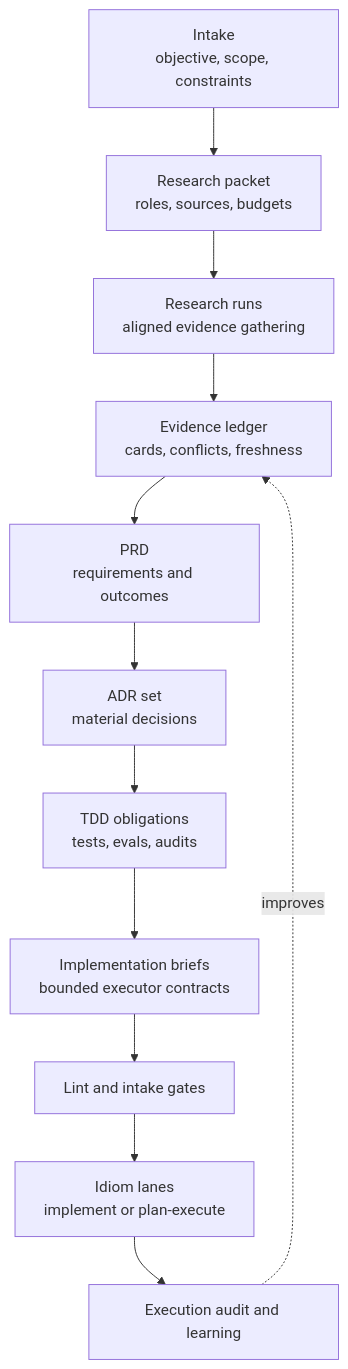
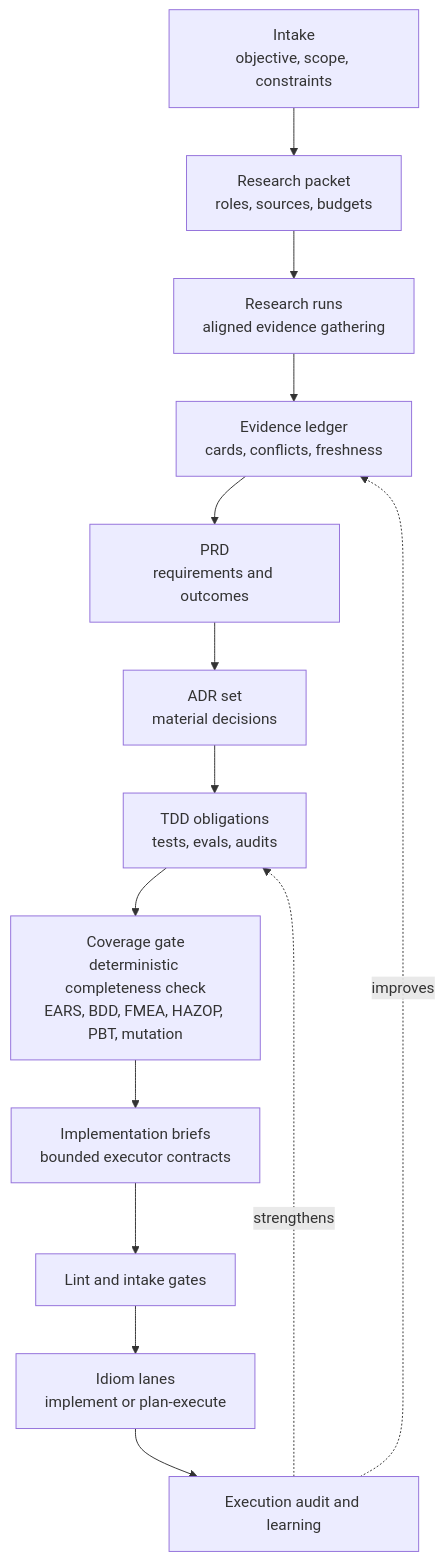
One commit to BLuchterhand/Idiom changed the first of 3 diagrams in docs/design-prd-adr-brief-research-workflow.md. Above: the diagram before and after it, drawn with Mermaid. The commit also changed other lines of this file and 6 other files, not shown here.

Commit message:
docs: add behavioral TDD coverage design, inject into PRD/ADR workflow and roadmap

````diff
--- a/docs/design-prd-adr-brief-research-workflow.md
+++ b/docs/design-prd-adr-brief-research-workflow.md
@@ -225,14 +226,16 @@
 ```mermaid
 flowchart TD
     Intake["Intake<br/>objective, scope, constraints"] --> ResearchPacket["Research packet<br/>roles, sources, budgets"]
     ResearchPacket --> ResearchRuns["Research runs<br/>aligned evidence gathering"]
     ResearchRuns --> EvidenceLedger["Evidence ledger<br/>cards, conflicts, freshness"]
     EvidenceLedger --> PRD["PRD<br/>requirements and outcomes"]
     PRD --> ADRs["ADR set<br/>material decisions"]
     ADRs --> TDD["TDD obligations<br/>tests, evals, audits"]
-    TDD --> Briefs["Implementation briefs<br/>bounded executor contracts"]
+    TDD --> CoverageGate["Coverage gate<br/>deterministic completeness check<br/>EARS, BDD, FMEA, HAZOP, PBT, mutation"]
+    CoverageGate --> Briefs["Implementation briefs<br/>bounded executor contracts"]
     Briefs --> Gates["Lint and intake gates"]
     Gates --> Lanes["Idiom lanes<br/>implement or plan-execute"]
     Lanes --> Feedback["Execution audit and learning"]
     Feedback -. improves .-> EvidenceLedger
+    Feedback -. strengthens .-> TDD
 ```
````
